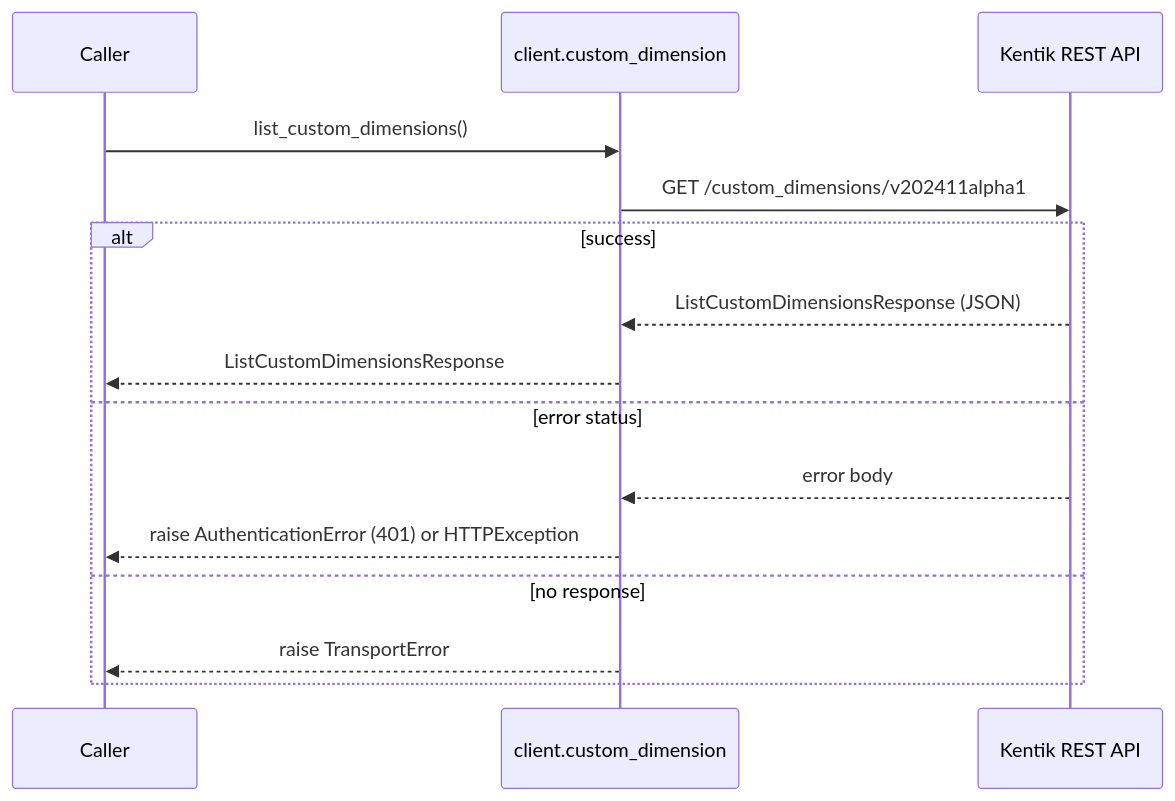
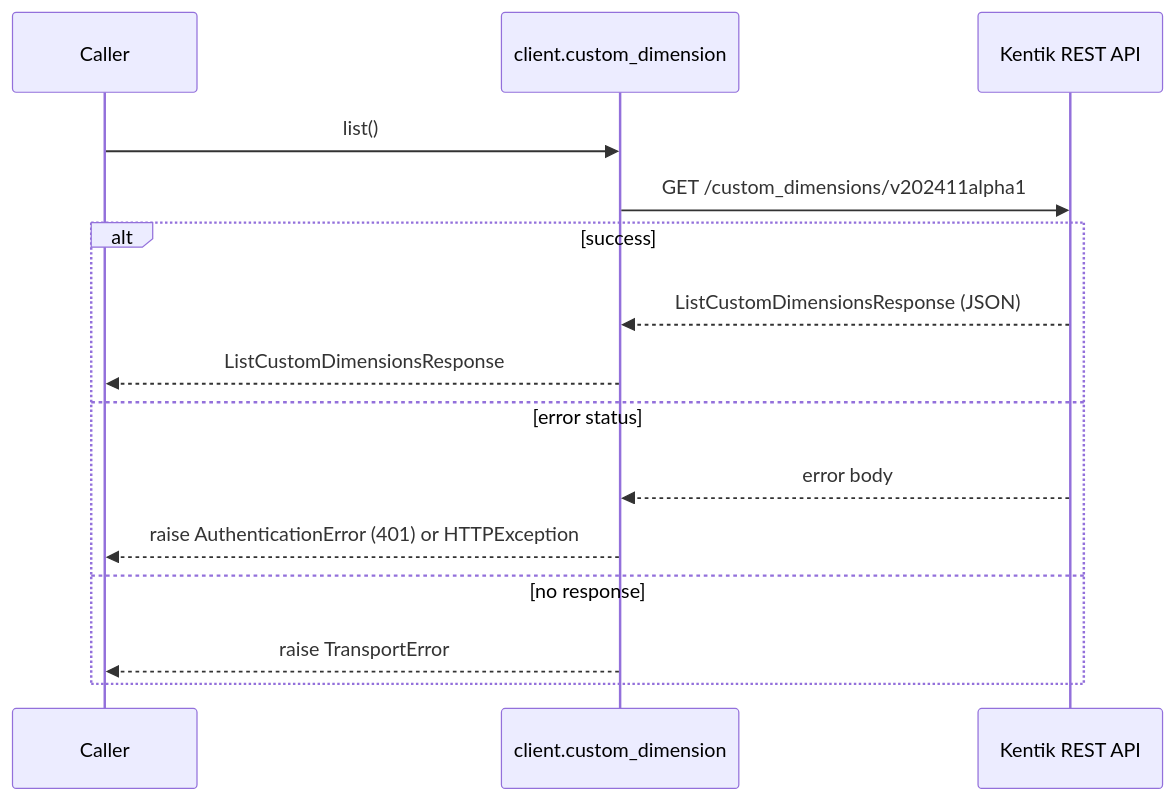
One commit to alexdearaujo/community_sdk_python changed the second of 22 diagrams in docs/sphinx/services/custom_dimension.md. Above: the diagram before and after it, drawn with Mermaid. The commit also changed other lines of this file and 119 other files, not shown here.

````diff
--- a/docs/sphinx/services/custom_dimension.md
+++ b/docs/sphinx/services/custom_dimension.md
@@ -38,18 +38,18 @@
 ```mermaid
 sequenceDiagram
     participant C as Caller
     participant W as client.custom_dimension
     participant API as Kentik REST API
 
-    C->>W: list_custom_dimensions()
+    C->>W: list()
     W->>API: GET /custom_dimensions/v202411alpha1
     alt success
         API-->>W: ListCustomDimensionsResponse (JSON)
         W-->>C: ListCustomDimensionsResponse
     else error status
         API-->>W: error body
         W-->>C: raise AuthenticationError (401) or HTTPException
     else no response
         W-->>C: raise TransportError
     end
 ```
````
